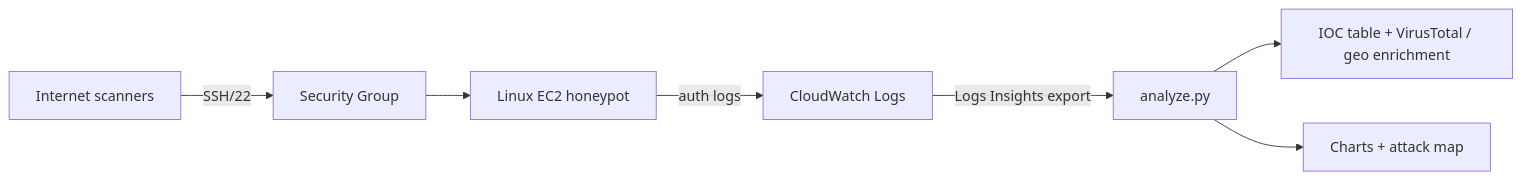
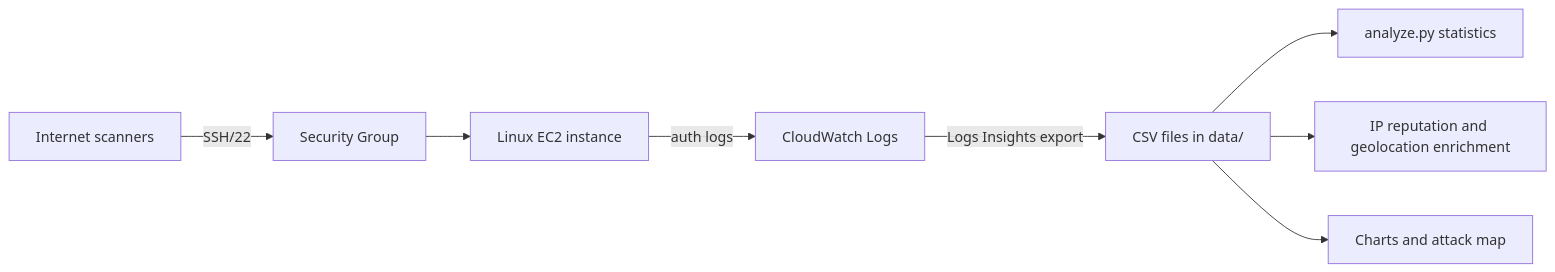
Before and after one commit to Jhesse00/AWS-Cloud-Threat-Detection-Lab: the diagram in README.md, drawn with Mermaid. The commit also changed other lines of this file, not shown here.

````diff
--- a/README.md
+++ b/README.md
@@ -25,9 +38,10 @@
 ```mermaid
 flowchart LR
   A[Internet scanners] -->|SSH/22| B[Security Group]
-  B --> C[Linux EC2 honeypot]
+  B --> C[Linux EC2 instance]
   C -->|auth logs| D[CloudWatch Logs]
-  D -->|Logs Insights export| E[analyze.py]
-  E --> F[IOC table + VirusTotal / geo enrichment]
-  E --> G[Charts + attack map]
+  D -->|Logs Insights export| E[CSV files in data/]
+  E --> F[analyze.py statistics]
+  E --> G[IP reputation and geolocation enrichment]
+  E --> H[Charts and attack map]
 ```
````
